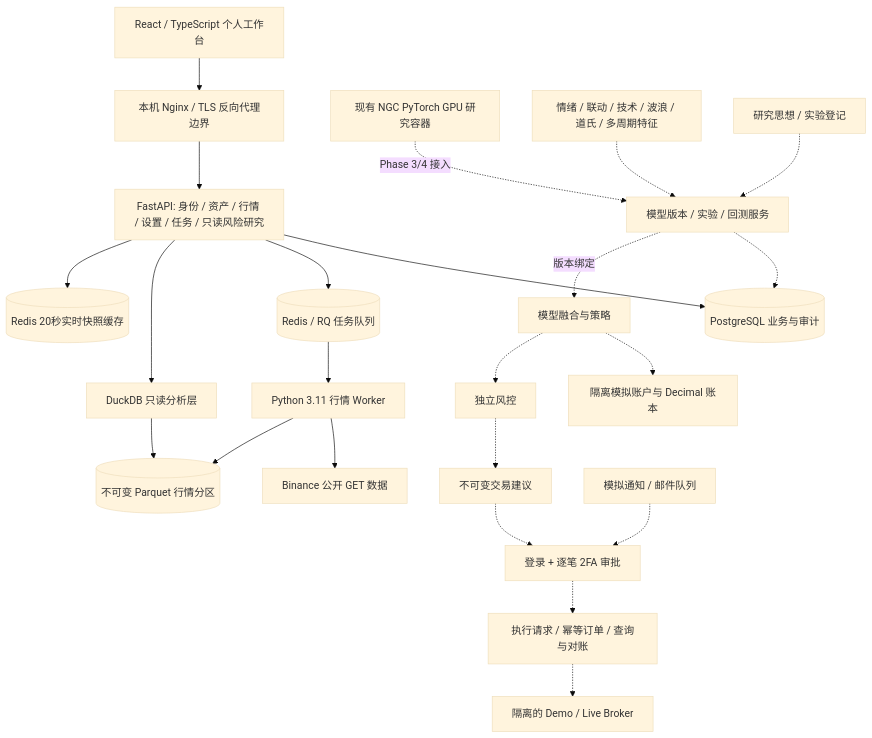
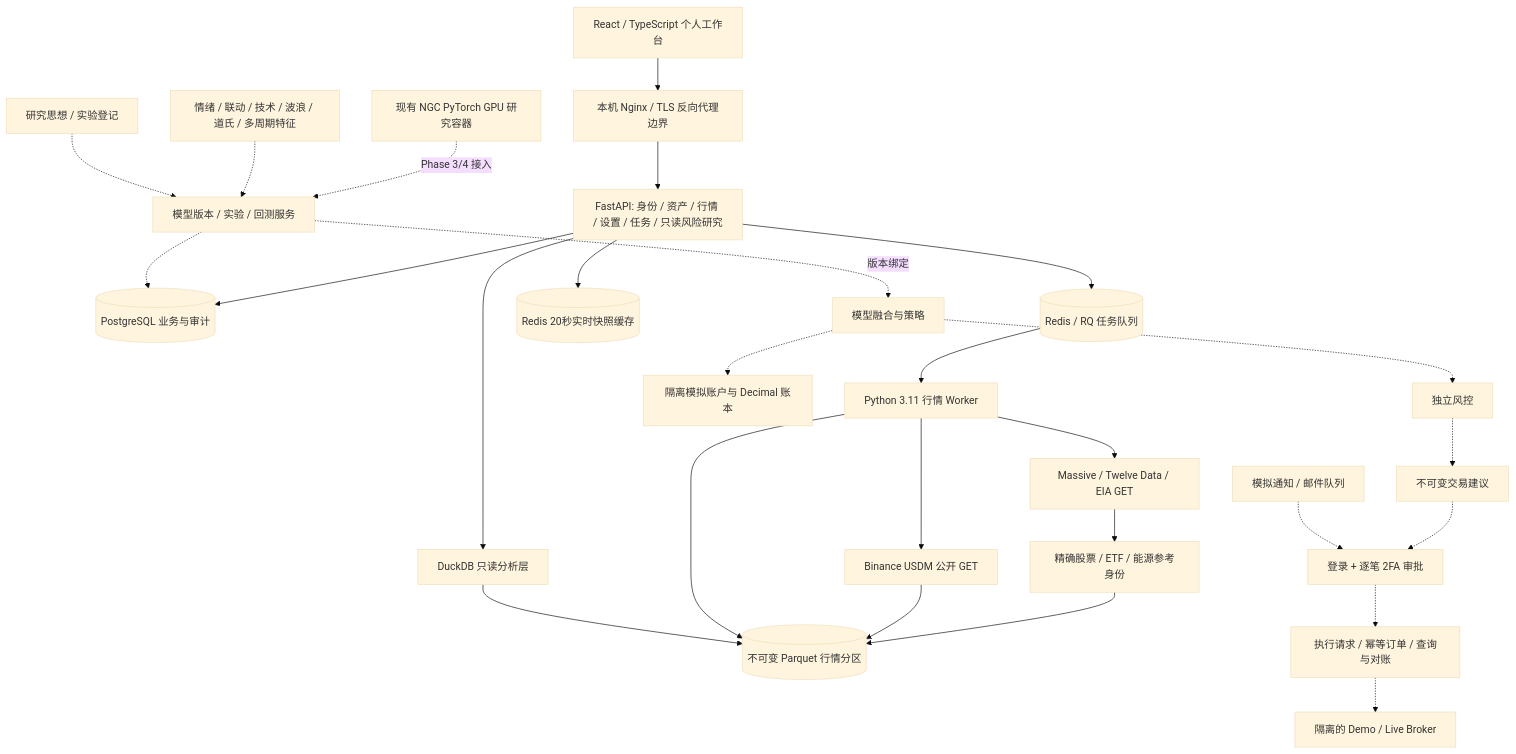
Before and after one commit to LegendaryFlutist/global-quant-ai: the diagram in docs/platform/architecture.md, drawn with Mermaid (base theme). The commit also changed other lines of this file and 33 other files, not shown here.

Commit message:
feat: add original underlying market data pipeline

````diff
--- a/docs/platform/architecture.md
+++ b/docs/platform/architecture.md
@@ -5,25 +5,29 @@
 ```mermaid
 flowchart TB
     Browser[React / TypeScript 个人工作台] --> Proxy[本机 Nginx / TLS 反向代理边界]
     Proxy --> API[FastAPI: 身份 / 资产 / 行情 / 设置 / 任务 / 只读风险研究]
     API --> PG[(PostgreSQL 业务与审计)]
     API --> Redis[(Redis / RQ 任务队列)]
     Redis --> Worker[Python 3.11 行情 Worker]
-    Worker --> Public[Binance 公开 GET 数据]
+    Worker --> Binance[Binance USDM 公开 GET]
+    Worker --> Underlying[Massive / Twelve Data / EIA GET]
+    Underlying --> Mapping[精确股票 / ETF / 能源参考身份]
+    Mapping --> PQ
+    Binance --> PQ
     Worker --> PQ[(不可变 Parquet 行情分区)]
     API --> DuckDB[DuckDB 只读分析层]
     DuckDB --> PQ
     API --> Cache[(Redis 20秒实时快照缓存)]
     Legacy[现有 NGC PyTorch GPU 研究容器] -. Phase 3/4 接入 .-> Registry[模型版本 / 实验 / 回测服务]
     Registry -.-> PG
     Features[情绪 / 联动 / 技术 / 波浪 / 道氏 / 多周期特征] -.-> Registry
     Registry -. 版本绑定 .-> Ensemble[模型融合与策略]
     Ensemble -.-> Paper[隔离模拟账户与 Decimal 账本]
     Ensemble -.-> Risk[独立风控]
     Risk -.-> Proposal[不可变交易建议]
     Proposal -.-> Approval[登录 + 逐笔 2FA 审批]
     Approval -.-> Execution[执行请求 / 幂等订单 / 查询与对账]
     Execution -.-> Broker[隔离的 Demo / Live Broker]
     Notify[模拟通知 / 邮件队列] -.-> Approval
     Ideas[研究思想 / 实验登记] -.-> Registry
 ```
````
